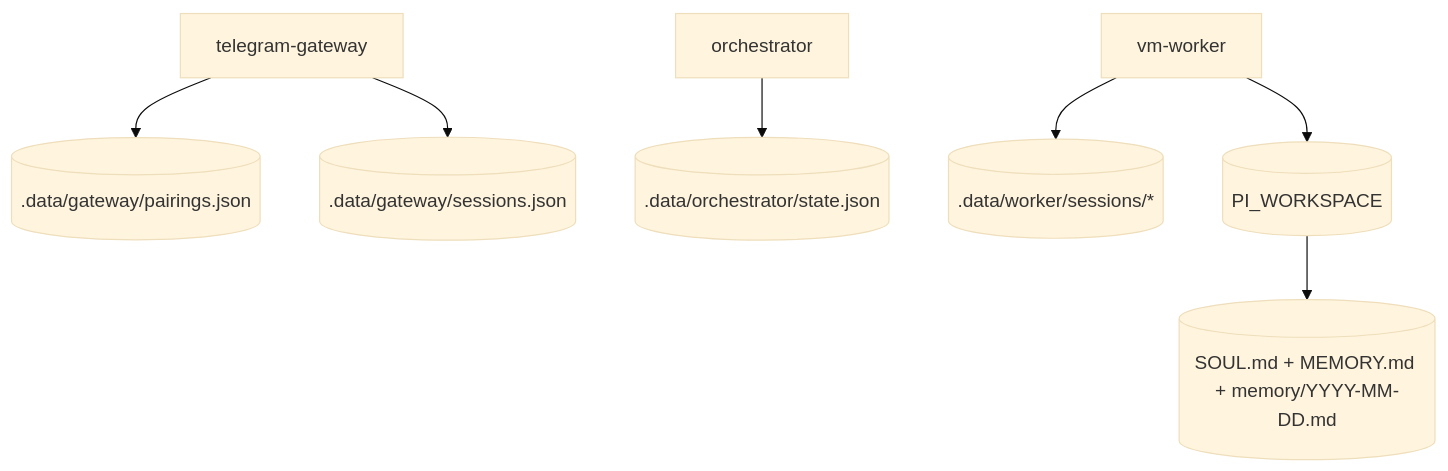
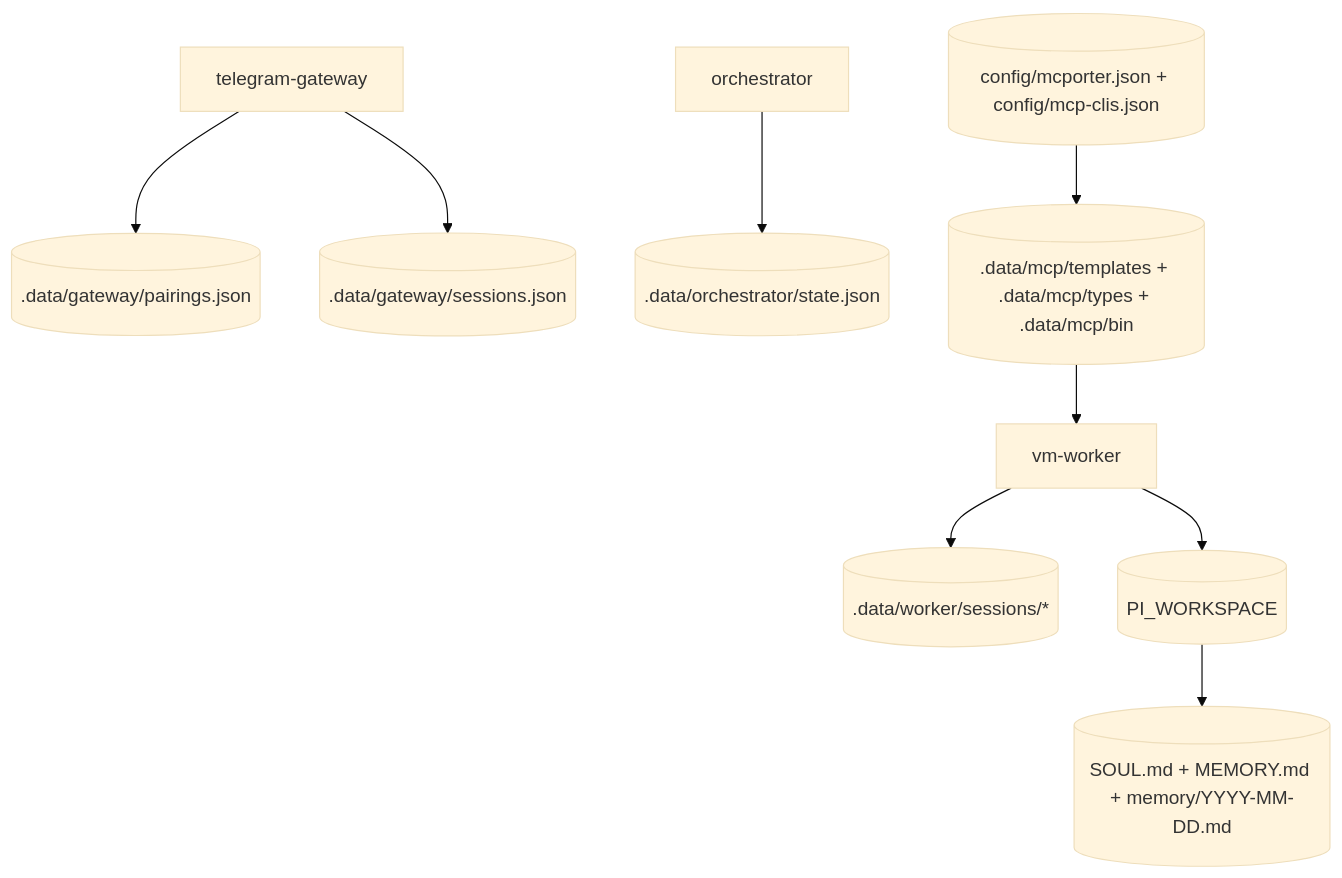
The second of 3 diagrams in docs/ARCHITECTURE.md (acrucetta/butler), drawn with Mermaid (base theme) before and after one commit. The commit also changed other lines of this file and 3 other files, not shown here.

Commit message:
docs(architecture): align runtime docs with session and mcp updates

````diff
--- a/docs/ARCHITECTURE.md
+++ b/docs/ARCHITECTURE.md
@@ -40,9 +41,11 @@
 ```mermaid
 flowchart TB
     GW[telegram-gateway] --> PAIR[(.data/gateway/pairings.json)]
     GW --> SCTX[(.data/gateway/sessions.json)]
     ORCH[orchestrator] --> STATE[(.data/orchestrator/state.json)]
     WORKER[vm-worker] --> SESS[(.data/worker/sessions/*)]
     WORKER --> WS[(PI_WORKSPACE)]
+    MCPCFG[(config/mcporter.json + config/mcp-clis.json)] --> MCPOUT[(.data/mcp/templates + .data/mcp/types + .data/mcp/bin)]
+    MCPOUT --> WORKER
     WS --> PMEM[(SOUL.md + MEMORY.md + memory/YYYY-MM-DD.md)]
 ```
````
